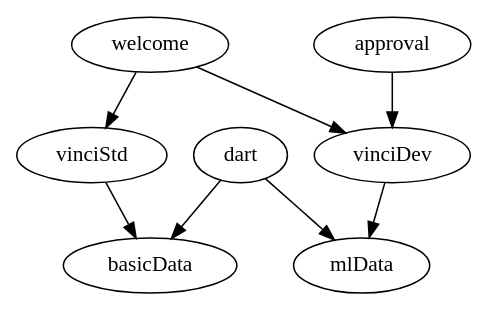
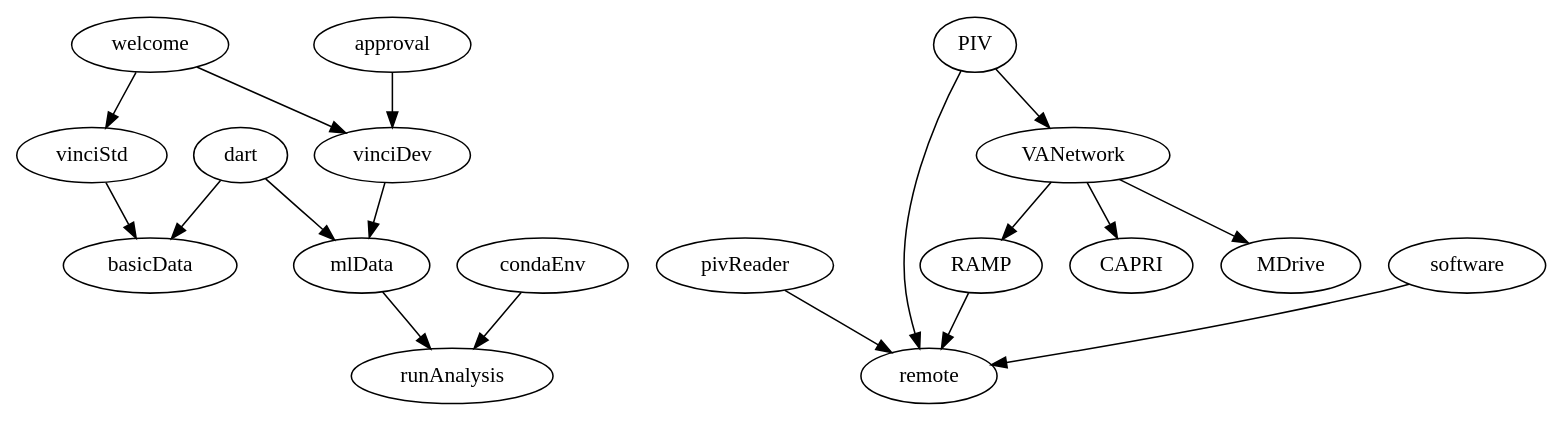
The diagram in pert.dot (zimolzak/ml-detect-diagnostic-safety), drawn with Graphviz before and after one commit.

Commit message:
Expanded

```diff
--- a/pert.dot
+++ b/pert.dot
@@ -1,13 +1,27 @@
 digraph {
 
 welcome -> vinciStd
 welcome -> vinciDev
 vinciStd -> basicData
 approval -> vinciDev
 vinciDev -> mlData
 dart -> mlData
 dart -> basicData
 
+mlData -> runAnalysis
+condaEnv -> runAnalysis
+
+pivReader -> remote
+RAMP -> remote
+software -> remote
+
+PIV -> VANetwork
+PIV -> remote
+
+VANetwork -> RAMP
+VANetwork -> CAPRI
+VANetwork -> MDrive
+
 // nodex[label="Node\nLabel"]
 
 }
```
